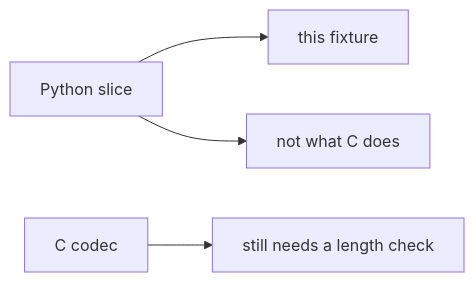
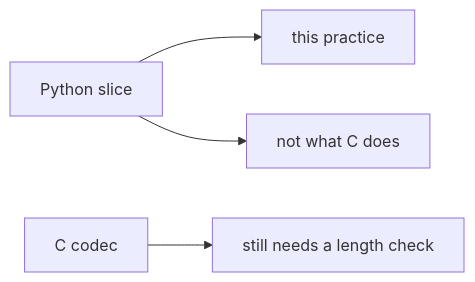
One commit to ishitvagoel/LearnSecurity changed the second of 2 diagrams in content/modules/e/E4/lessons/01-property.md. Above: the diagram before and after it, drawn with Mermaid. The commit also changed other lines of this file and 55 other files, not shown here.

````diff
--- a/content/modules/e/E4/lessons/01-property.md
+++ b/content/modules/e/E4/lessons/01-property.md
@@ -30,6 +33,6 @@
 ```mermaid
 flowchart LR
-  Py[Python slice] --> Lab[this fixture]
+  Py[Python slice] --> Lab[this practice]
   C[C codec] --> Ffi[still needs a length check]
   Py --> NotC[not what C does]
 ```
````
